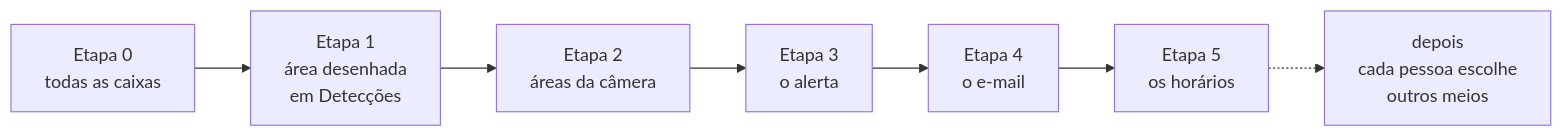
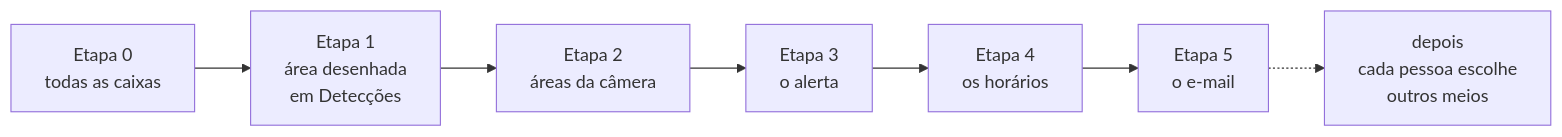
One commit to mhagnumdw/dwnvr changed the diagram in docs/TODO/TODO_areas-e-alertas-de-deteccao.md. Above: the diagram before and after it, drawn with Mermaid. The commit also changed other lines of this file, not shown here.

First line of the commit message:
docs(todo): alerta sem silêncio e horários antes do e-mail

````diff
--- a/docs/TODO/TODO_areas-e-alertas-de-deteccao.md
+++ b/docs/TODO/TODO_areas-e-alertas-de-deteccao.md
@@ -124,9 +124,9 @@
 ```mermaid
 flowchart LR
     e0["Etapa 0<br>todas as caixas"] --> e1["Etapa 1<br>área desenhada<br>em Detecções"]
     e1 --> e2["Etapa 2<br>áreas da câmera"]
     e2 --> e3["Etapa 3<br>o alerta"]
-    e3 --> e4["Etapa 4<br>o e-mail"]
-    e4 --> e5["Etapa 5<br>os horários"]
+    e3 --> e4["Etapa 4<br>os horários"]
+    e4 --> e5["Etapa 5<br>o e-mail"]
     e5 -.-> depois["depois<br>cada pessoa escolhe<br>outros meios"]
 ```
````
